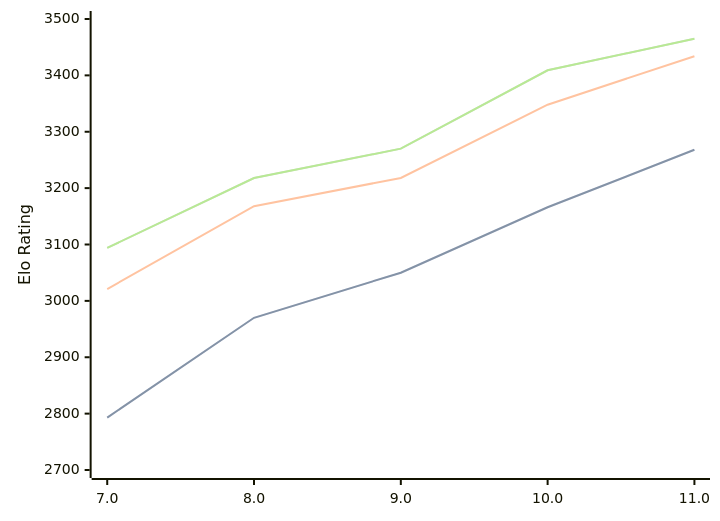
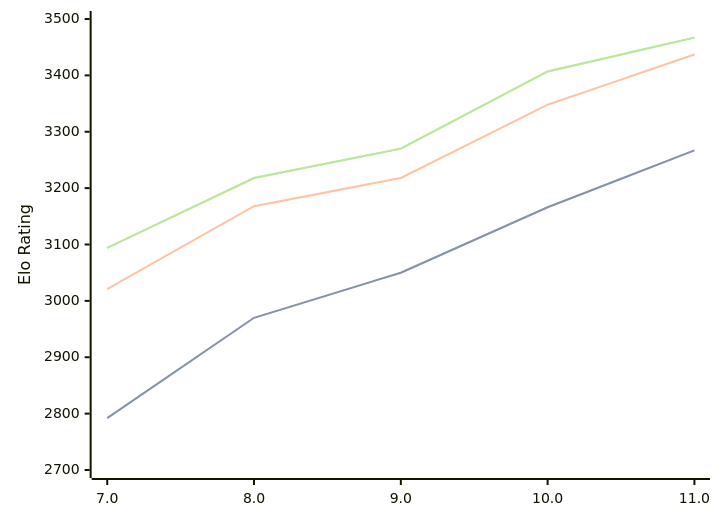
The diagram in engines/Tcheran.md (computer-chess-index/cci), drawn with Mermaid before and after one commit. The commit also changed other lines of this file, not shown here.

Commit message:
Update CCI Ratings (ELO VLTC) - 2026-03-24

````diff
--- a/engines/Tcheran.md
+++ b/engines/Tcheran.md
@@ -49,11 +49,11 @@
 ```mermaid
 %%{init: {"theme":"base","themeVariables":{"seriesColors:['#a3a3a3','#222221','#faa371']}}}%%
 xychart-beta
   x-axis ["7.0", "8.0", "9.0", "10.0", "11.0"]
   y-axis "Elo Rating" 2700 --> 3500
-  line "STC (8.0+0.08s)" [2793, 2970, 3050, 3166, 3268]
-  line "STC (8.0+0.08s)" [2793, 2970, 3050, 3166, 3268]
-  line "LTC (60.0+0.60s)" [3021, 3168, 3218, 3348, 3434]
-  line "VLTC (2m24s+1.12s)" [3094, 3218, 3270, 3409, 3465]
-  line "VLTC (2m24s+1.12s)" [3094, 3218, 3270, 3409, 3465]
+  line "STC (8.0+0.08s)" [2792, 2970, 3050, 3166, 3267]
+  line "STC (8.0+0.08s)" [2792, 2970, 3050, 3166, 3267]
+  line "LTC (60.0+0.60s)" [3021, 3168, 3218, 3348, 3437]
+  line "VLTC (2m24s+1.12s)" [3094, 3218, 3270, 3407, 3467]
+  line "VLTC (2m24s+1.12s)" [3094, 3218, 3270, 3407, 3467]
 ```
````
